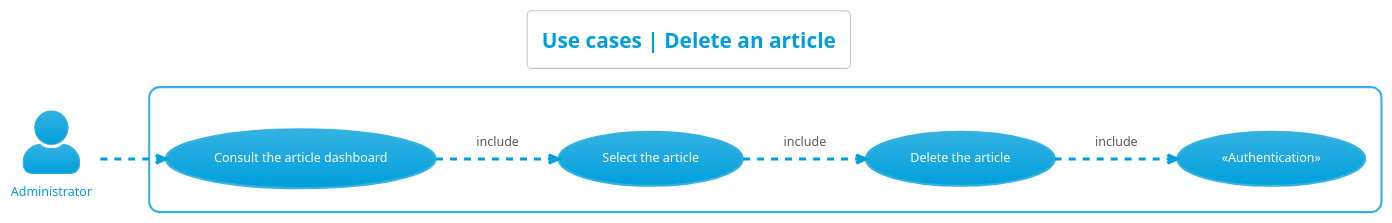
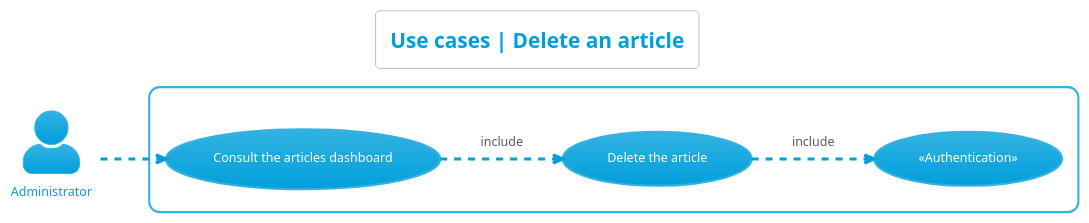
The diagram in 1_project_design/uml_diagrams/use_cases/articles/delete_article/delete_article.plantuml (sebastien-d-me/SebBlog), drawn with PlantUML before and after one commit. The commit also changed 59 other files, not shown here.

First line of the commit message:
📝 Update the diagrams

```diff
--- a/1_project_design/uml_diagrams/use_cases/articles/delete_article/delete_article.plantuml
+++ b/1_project_design/uml_diagrams/use_cases/articles/delete_article/delete_article.plantuml
@@ -1,29 +1,27 @@
 @startuml use_cases__delete_article
 left to right direction
 skinparam actorStyle Awesome
 !theme bluegray
 skinparam backgroundcolor White
 
 'Titre'
 title Use cases | Delete an article
 
 'Acteur'
 actor "Administrator" as Administrateur
 
 'Rectangle'
 rectangle {
     'Authentification'
     "«Authentication»" as (Authentification)
 
     'Administrateur'
-    "Consult the article dashboard" as (ConsulterTDBArticles)
-    "Select the article" as (SelectionnerArticle)
+    "Consult the articles dashboard" as (ConsulterTDBArticles)
     "Delete the article" as (SupprimerArticle)
 
     'Déroulement'
     :Administrateur: -.> (ConsulterTDBArticles)
-    (ConsulterTDBArticles) -.> (SelectionnerArticle) : include
-    (SelectionnerArticle) -.> (SupprimerArticle) : include
+    (ConsulterTDBArticles) -.> (SupprimerArticle) : include
     (SupprimerArticle) -.> (Authentification) : include
 }
 @enduml
```
